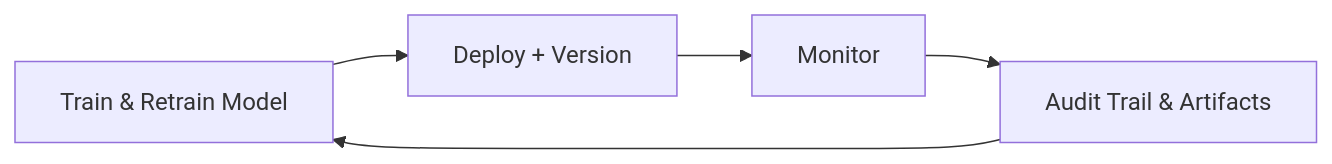
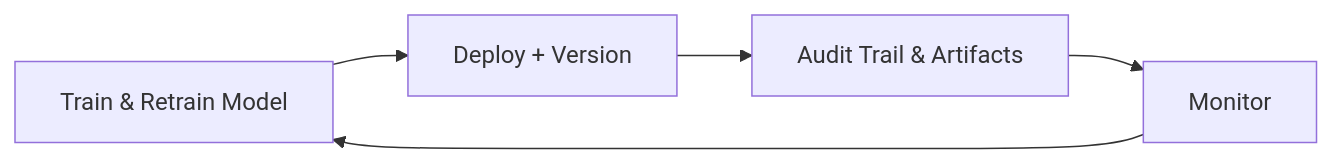
Before and after one commit to Markkimotho/mlops: the second of 3 diagrams in README.md, drawn with Mermaid.

Commit message:
Fix flowchart order in README.md

````diff
--- a/README.md
+++ b/README.md
@@ -52,7 +52,7 @@
 ```mermaid
 flowchart LR
     A[Train & Retrain Model] --> B[Deploy + Version]
-    B --> C[Monitor]
-    C --> D[Audit Trail & Artifacts]
+    B --> C[Audit Trail & Artifacts]
+    C --> D[Monitor]
     D --> A
 ```
````
